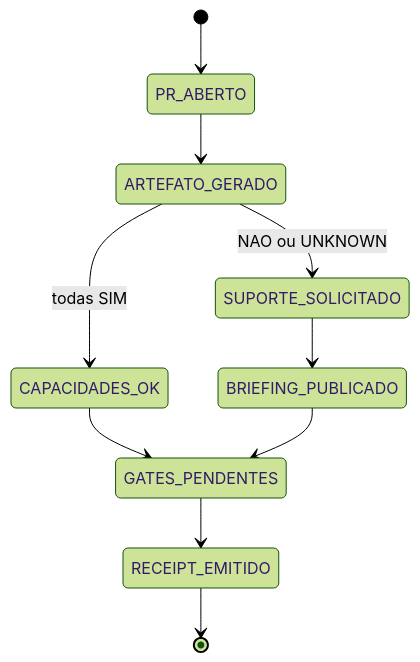
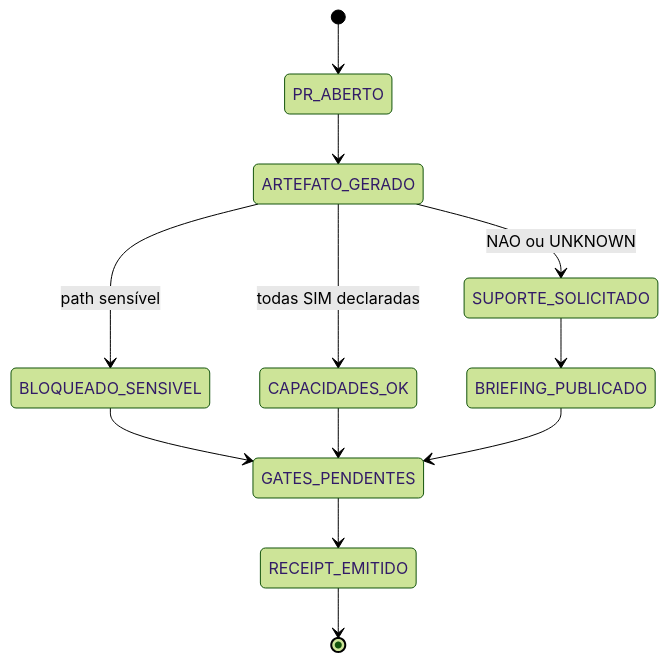
Before and after one commit to ServerVpss/CentralDark: the diagram in docs/BOTS/PR-LEARNING-ARTIFACT.md, drawn with Mermaid (forest theme). The commit also changed other lines of this file, not shown here.

Commit message:
docs(bots): registrar gates e origem declarada das capacidades

````diff
--- a/docs/BOTS/PR-LEARNING-ARTIFACT.md
+++ b/docs/BOTS/PR-LEARNING-ARTIFACT.md
@@ -80,12 +86,14 @@
 ```mermaid
 stateDiagram-v2
     [*] --> PR_ABERTO
     PR_ABERTO --> ARTEFATO_GERADO
-    ARTEFATO_GERADO --> CAPACIDADES_OK: todas SIM
+    ARTEFATO_GERADO --> CAPACIDADES_OK: todas SIM declaradas
     ARTEFATO_GERADO --> SUPORTE_SOLICITADO: NAO ou UNKNOWN
+    ARTEFATO_GERADO --> BLOQUEADO_SENSIVEL: path sensível
     SUPORTE_SOLICITADO --> BRIEFING_PUBLICADO
+    BLOQUEADO_SENSIVEL --> GATES_PENDENTES
     CAPACIDADES_OK --> GATES_PENDENTES
     BRIEFING_PUBLICADO --> GATES_PENDENTES
     GATES_PENDENTES --> RECEIPT_EMITIDO
     RECEIPT_EMITIDO --> [*]
 ```
````
